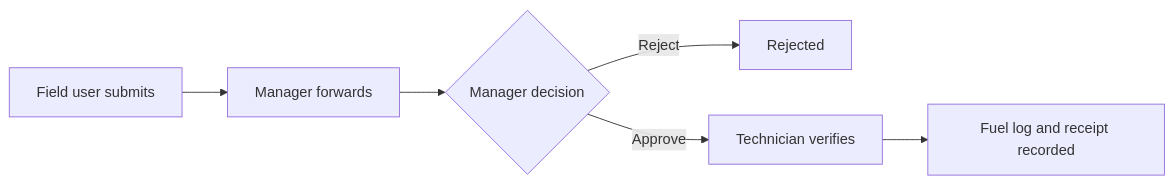
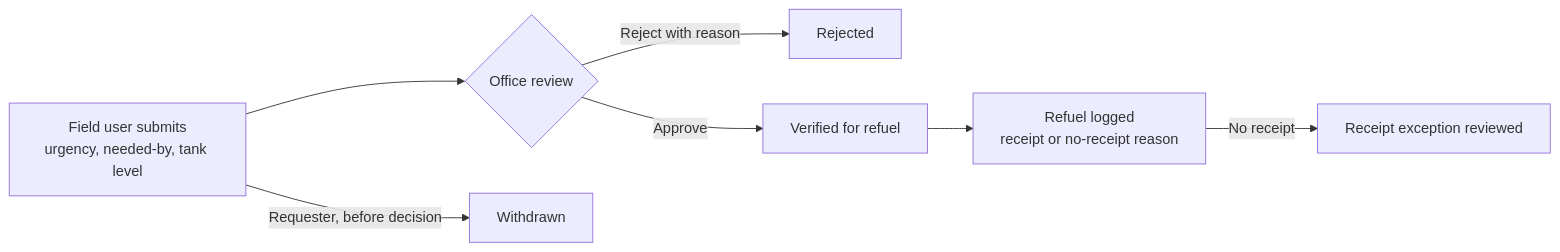
One commit to Darktodoom123/Core-2 changed the third of 6 diagrams in Docs/product/userflow.md. Above: the diagram before and after it, drawn with Mermaid. The commit also changed other lines of this file and 277 other files, not shown here.

First line of the commit message:
feat: expand fuel controls, modularize manager dashboard, and decommission sales module

````diff
--- a/Docs/product/userflow.md
+++ b/Docs/product/userflow.md
@@ -224,8 +187,9 @@
 ```mermaid
 flowchart LR
-    A[Field user submits] --> B[Manager forwards]
-    B --> C{Manager decision}
-    C -->|Reject| D[Rejected]
-    C -->|Approve| E[Technician verifies]
-    E --> F[Fuel log and receipt recorded]
+    A[Field user submits<br/>urgency, needed-by, tank level] --> B{Office review}
+    A -->|Requester, before decision| W[Withdrawn]
+    B -->|Reject with reason| D[Rejected]
+    B -->|Approve| E[Verified for refuel]
+    E --> F[Refuel logged<br/>receipt or no-receipt reason]
+    F -->|No receipt| G[Receipt exception reviewed]
 ```
````
